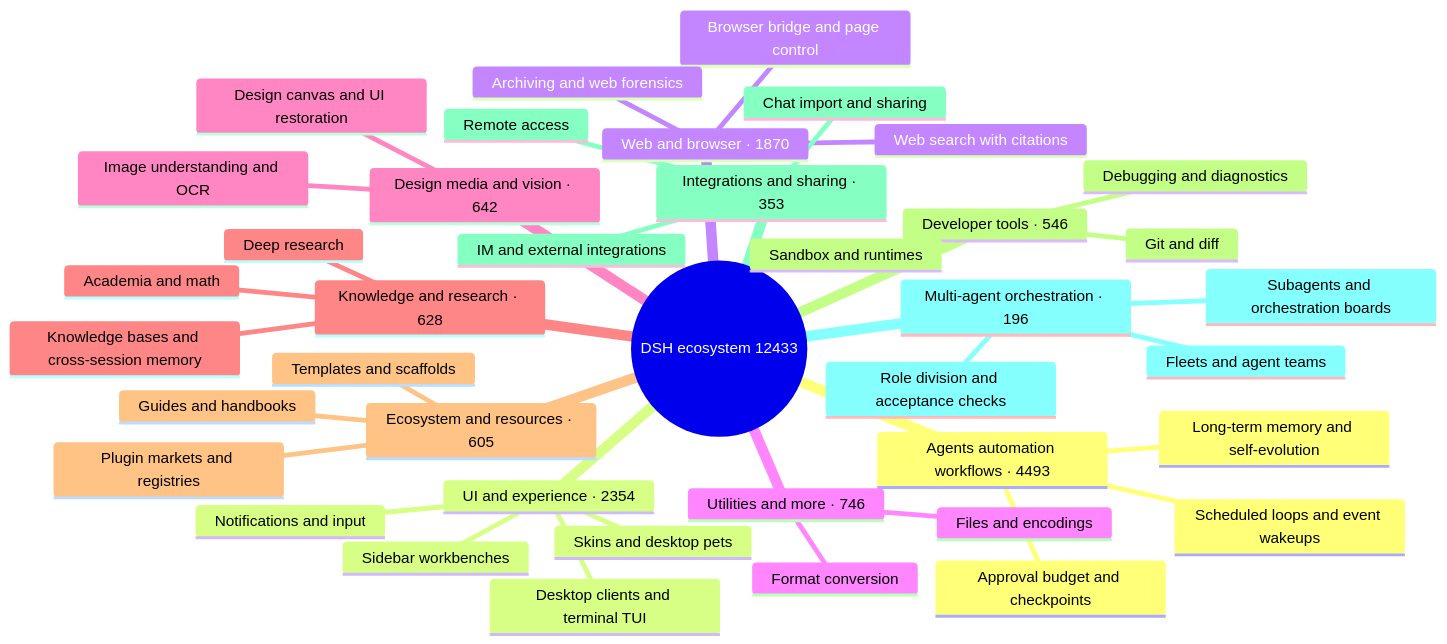
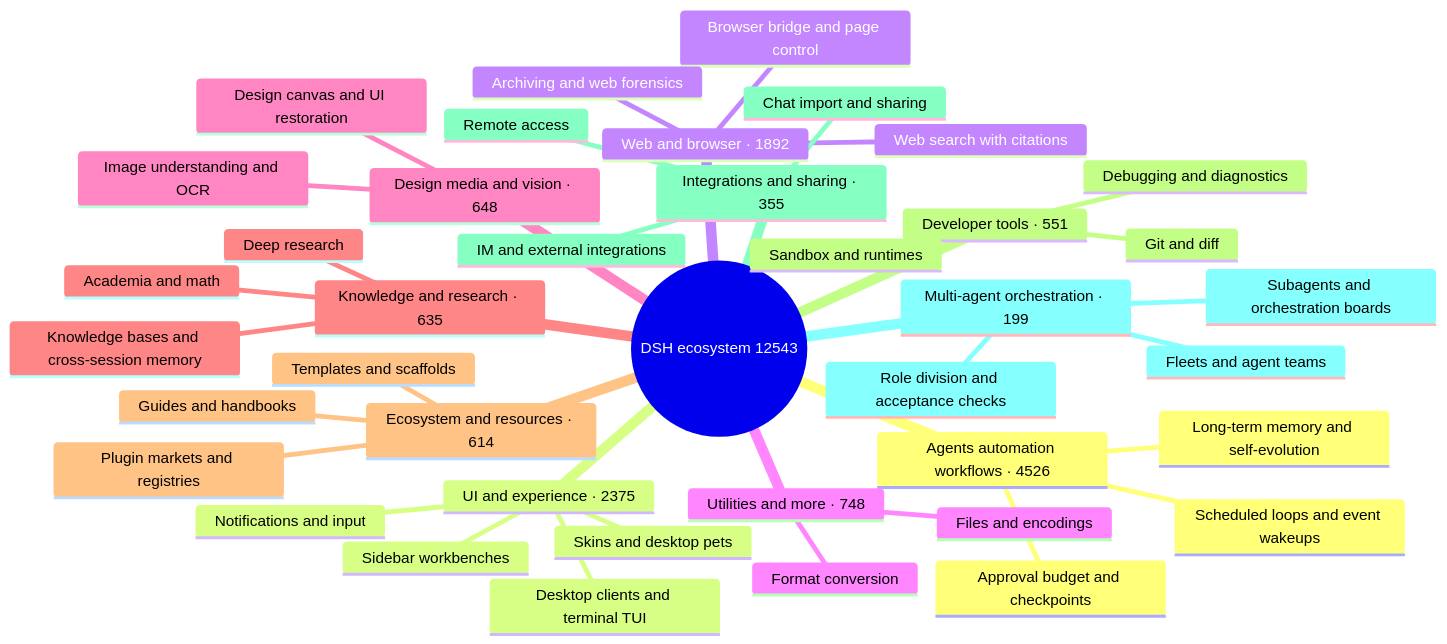
The diagram in README_EN.md (BOWLUNA/awesome-dsh-plugin), drawn with Mermaid before and after one commit. The commit also changed other lines of this file and 20 other files, not shown here.

````diff
--- a/README_EN.md
+++ b/README_EN.md
@@ -33,43 +33,43 @@
 ```mermaid
 mindmap
-  root((DSH ecosystem 12433))
-    Agents automation workflows · 4493
+  root((DSH ecosystem 12543))
+    Agents automation workflows · 4526
       Scheduled loops and event wakeups
       Long-term memory and self-evolution
       Approval budget and checkpoints
-    UI and experience · 2354
+    UI and experience · 2375
       Desktop clients and terminal TUI
       Sidebar workbenches
       Skins and desktop pets
       Notifications and input
-    Web and browser · 1870
+    Web and browser · 1892
       Browser bridge and page control
       Web search with citations
       Archiving and web forensics
-    Utilities and more · 746
+    Utilities and more · 748
       Files and encodings
       Format conversion
-    Design media and vision · 642
+    Design media and vision · 648
       Image understanding and OCR
       Design canvas and UI restoration
-    Knowledge and research · 628
+    Knowledge and research · 635
       Knowledge bases and cross-session memory
       Deep research
       Academia and math
-    Ecosystem and resources · 605
+    Ecosystem and resources · 614
       Plugin markets and registries
       Templates and scaffolds
       Guides and handbooks
-    Developer tools · 546
+    Developer tools · 551
       Git and diff
       Sandbox and runtimes
       Debugging and diagnostics
-    Integrations and sharing · 353
+    Integrations and sharing · 355
       Chat import and sharing
       Remote access
       IM and external integrations
-    Multi-agent orchestration · 196
+    Multi-agent orchestration · 199
       Subagents and orchestration boards
       Fleets and agent teams
       Role division and acceptance checks
 ```
````
